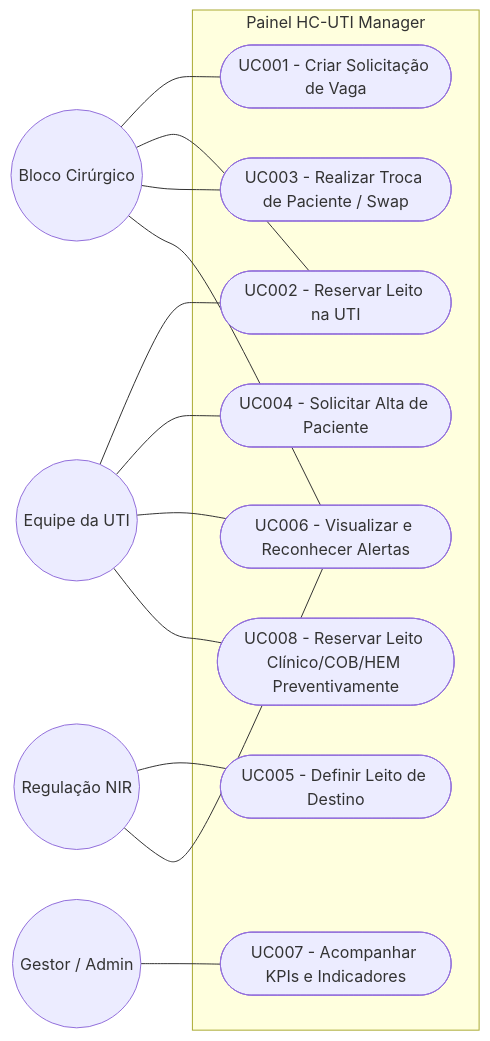
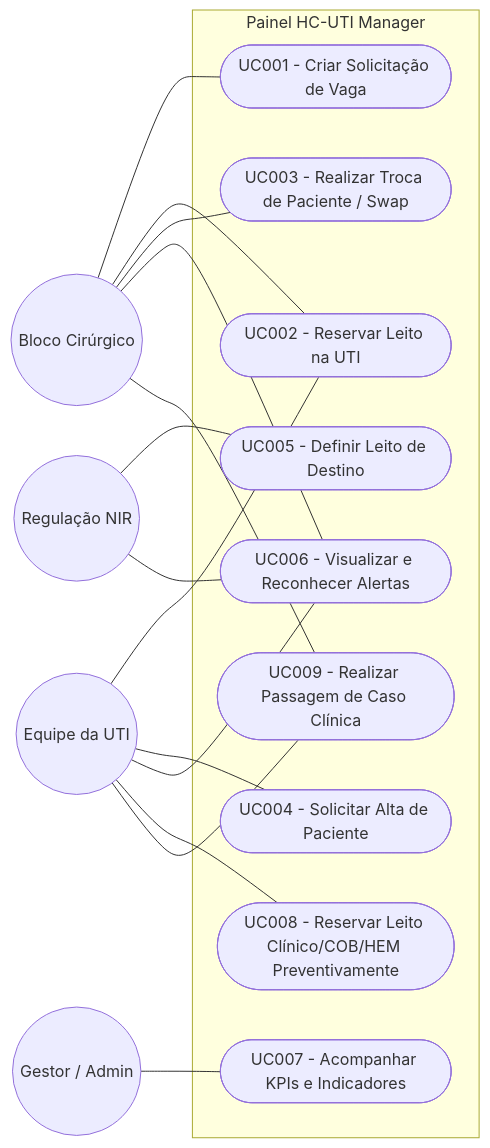
Before and after one commit to HCUFPE/hc-uti-manager: the diagram in docs/projeto_inicial/03-casos-uso.md, drawn with Mermaid. The commit also changed other lines of this file and 11 other files, not shown here.

````diff
--- a/docs/projeto_inicial/03-casos-uso.md
+++ b/docs/projeto_inicial/03-casos-uso.md
@@ -9,35 +9,38 @@
 ```mermaid
 flowchart LR
     %% Atores
     BC((Bloco Cirúrgico))
     UTI((Equipe da UTI))
     NIR((Regulação NIR))
     ADM((Gestor / Admin))
     
     subgraph "Painel HC-UTI Manager"
         UC1([UC001 - Criar Solicitação de Vaga])
         UC2([UC002 - Reservar Leito na UTI])
         UC3([UC003 - Realizar Troca de Paciente / Swap])
         UC4([UC004 - Solicitar Alta de Paciente])
         UC5([UC005 - Definir Leito de Destino])
         UC6([UC006 - Visualizar e Reconhecer Alertas])
         UC7([UC007 - Acompanhar KPIs e Indicadores])
         UC8([UC008 - Reservar Leito Clínico/COB/HEM Preventivamente])
+        UC9([UC009 - Realizar Passagem de Caso Clínica])
     end
     
     %% Relacionamentos
     BC --- UC1
     BC --- UC2
     BC --- UC3
     BC --- UC6
+    BC --- UC9
     
     UTI --- UC2
     UTI --- UC4
     UTI --- UC6
     UTI --- UC8
+    UTI --- UC9
     
     NIR --- UC5
     NIR --- UC6
     
     ADM --- UC7
 ```
````
